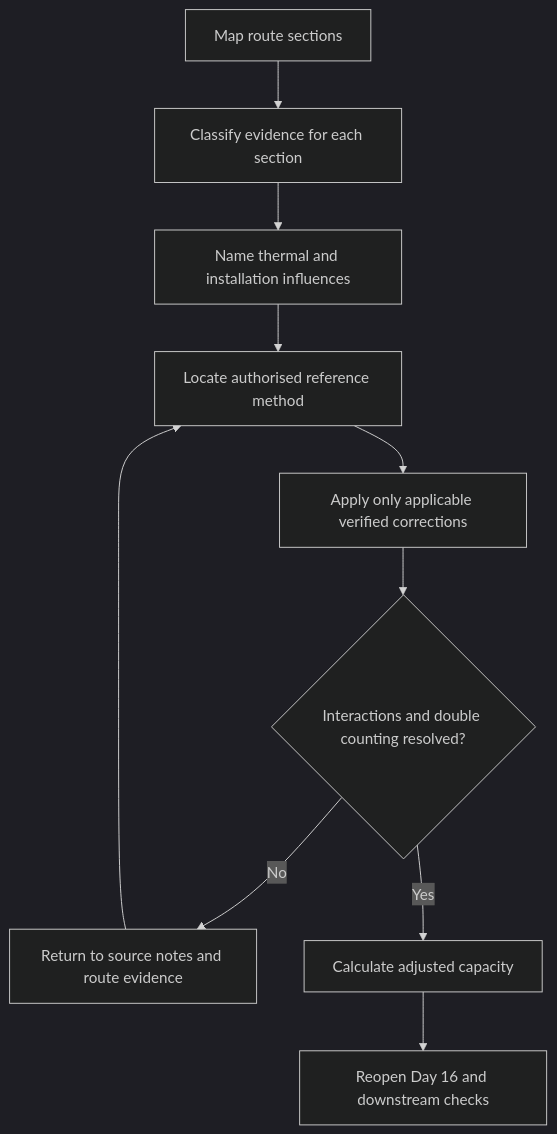
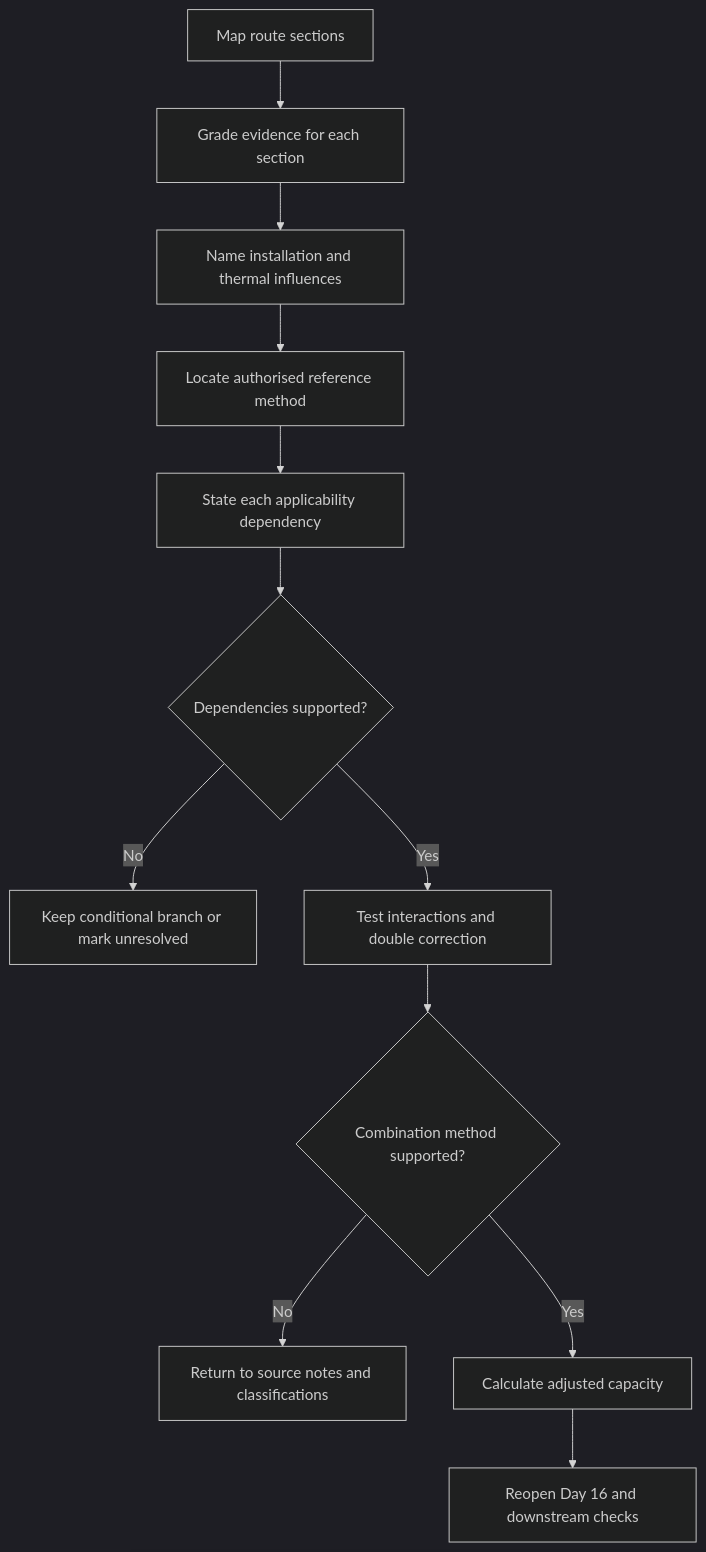
The first of 2 diagrams in docs/learning-plans/6-week/modules/day-17-installation-conditions-and-derating-factor-reasoning.md (andrew3stedall/capstone), drawn with Mermaid (dark theme) before and after one commit. The commit also changed other lines of this file, not shown here.

Commit message:
Improve Day 17 installation-condition reasoning

````diff
--- a/docs/learning-plans/6-week/modules/day-17-installation-conditions-and-derating-factor-reasoning.md
+++ b/docs/learning-plans/6-week/modules/day-17-installation-conditions-and-derating-factor-reasoning.md
@@ -89,12 +122,14 @@
 ```mermaid
 flowchart TD
-    A[Map route sections] --> B[Classify evidence for each section]
-    B --> C[Name thermal and installation influences]
+    A[Map route sections] --> B[Grade evidence for each section]
+    B --> C[Name installation and thermal influences]
     C --> D[Locate authorised reference method]
-    D --> E[Apply only applicable verified corrections]
-    E --> F{Interactions and double counting resolved?}
-    F -->|No| G[Return to source notes and route evidence]
-    G --> D
-    F -->|Yes| H[Calculate adjusted capacity]
-    H --> I[Reopen Day 16 and downstream checks]
+    D --> E[State each applicability dependency]
+    E --> F{Dependencies supported?}
+    F -->|No| G[Keep conditional branch or mark unresolved]
+    F -->|Yes| H[Test interactions and double correction]
+    H --> I{Combination method supported?}
+    I -->|No| J[Return to source notes and classifications]
+    I -->|Yes| K[Calculate adjusted capacity]
+    K --> L[Reopen Day 16 and downstream checks]
 ```
````
